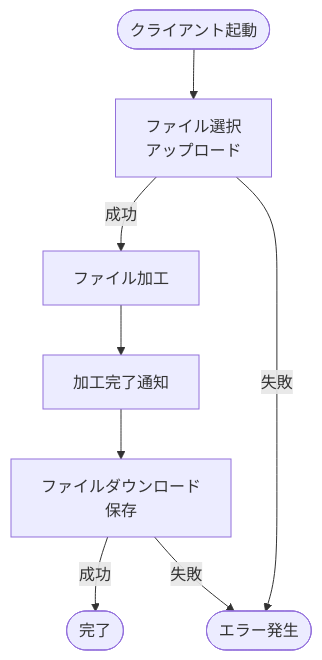
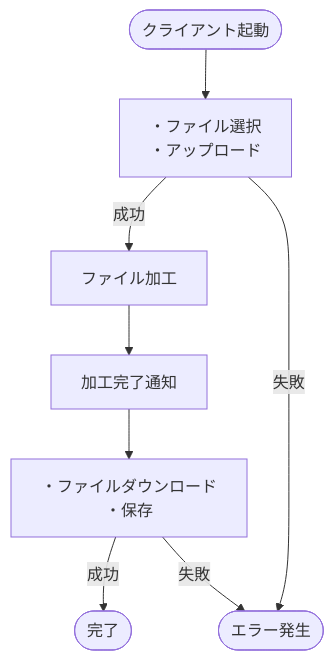
One commit to BackendExplorer/Video-Processor changed the diagram in README.md. Above: the diagram before and after it, drawn with Mermaid. The commit also changed other lines of this file, not shown here.

````diff
--- a/README.md
+++ b/README.md
@@ -153,17 +154,17 @@
 ```mermaid
 flowchart TD
     Start(["クライアント起動"])
-    アップロード["ファイル選択<br>アップロード"]
+    アップロード["・ファイル選択<br>・アップロード"]
     加工["ファイル加工"]
     通知["加工完了通知"]
-    ダウンロード["ファイルダウンロード<br>保存"]
+    ダウンロード["・ファイルダウンロード<br>・保存"]
     完了(["完了"])
     エラー(["エラー発生"])
 
     Start --> アップロード
     アップロード -- 成功 --> 加工
     アップロード -- 失敗 --> エラー
     加工 --> 通知 --> ダウンロード
     ダウンロード -- 成功 --> 完了
     ダウンロード -- 失敗 --> エラー
 ```
````
